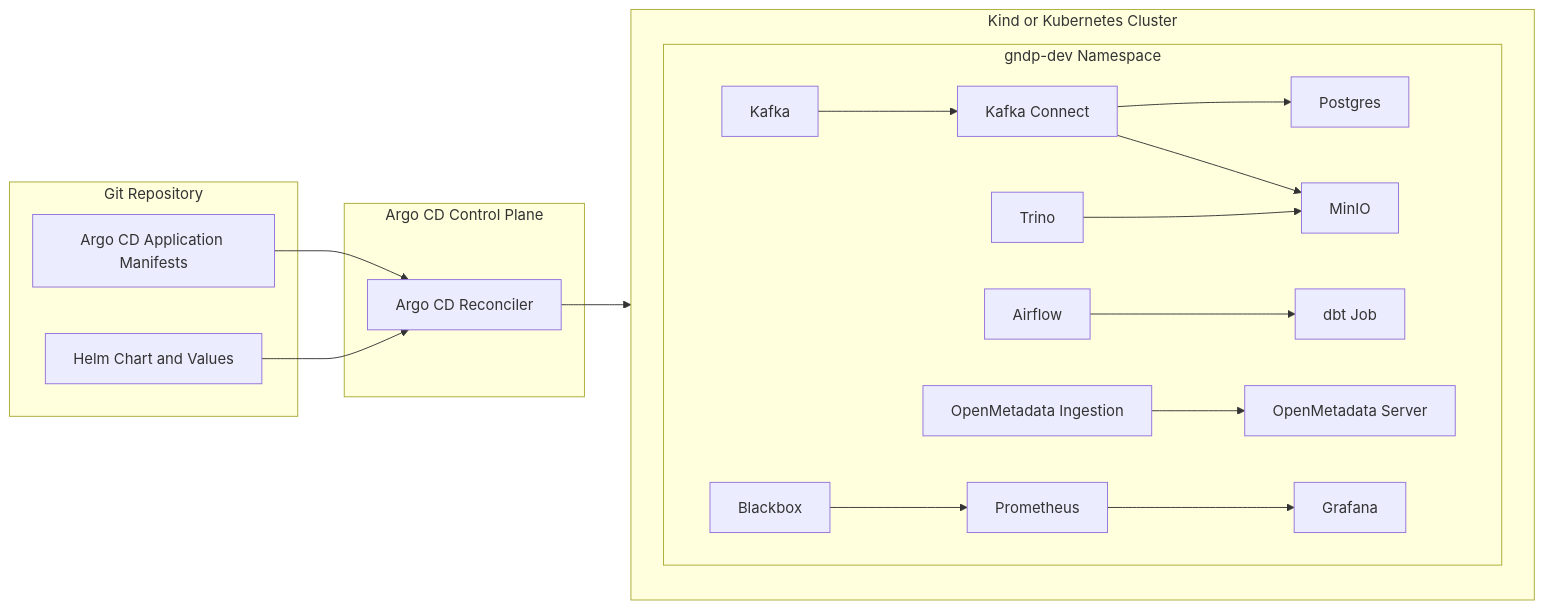
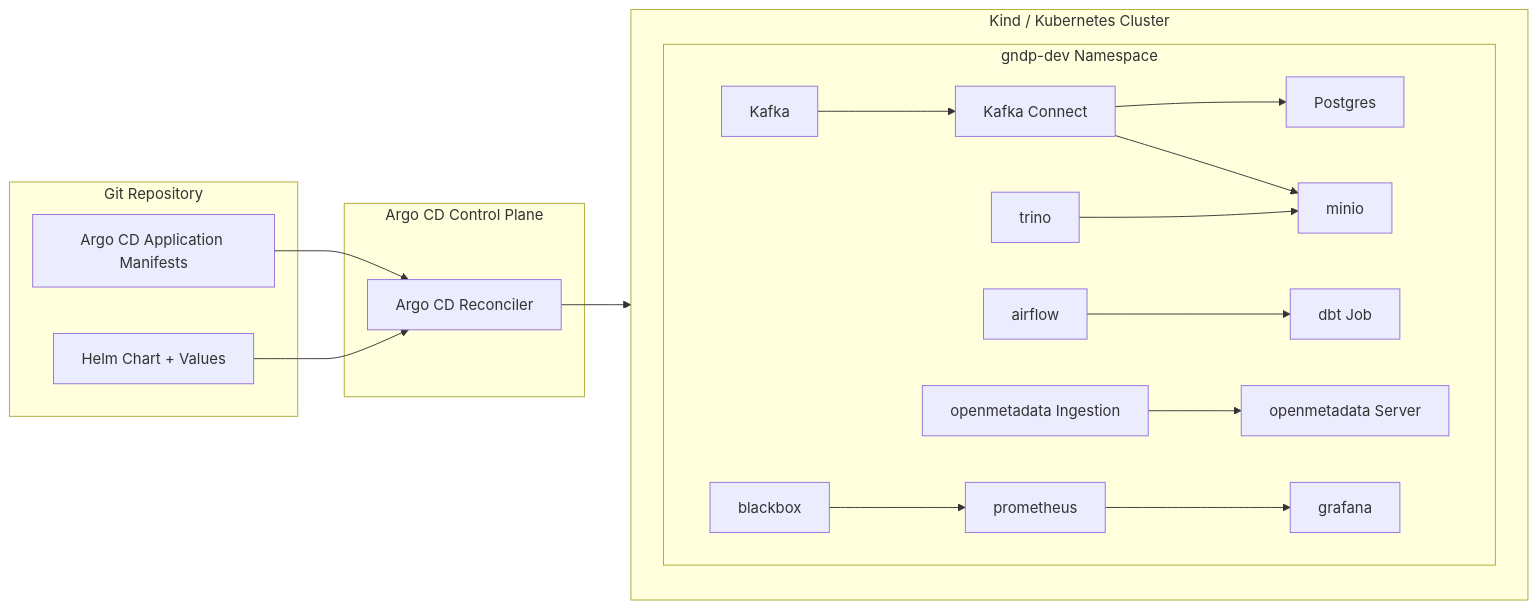
Before and after one commit to paulchen8206/Full-Stack-Modern-Data-Architecture-and-Engineering: the seventh of 9 diagrams in docs/architecture.md, drawn with Mermaid. The commit also changed other lines of this file and 18 other files, not shown here.

````diff
--- a/docs/architecture.md
+++ b/docs/architecture.md
@@ -714,40 +706,40 @@
 ```mermaid
 flowchart LR
   subgraph Git[Git Repository]
-    CH[Helm Chart and Values]
+    CH[Helm Chart + Values]
     APP[Argo CD Application Manifests]
   end
 
   subgraph Argo[Argo CD Control Plane]
     ARGO[Argo CD Reconciler]
   end
 
-  subgraph K8S[Kind or Kubernetes Cluster]
+  subgraph K8S[Kind / Kubernetes Cluster]
     subgraph NS[gndp-dev Namespace]
       KAFKA[Kafka]
       CONNECT[Kafka Connect]
-      TRINO[Trino]
+      TRINO[trino]
       POSTGRES[Postgres]
-      MINIO[MinIO]
-      AIRFLOW[Airflow]
+      MINIO[minio]
+      AIRFLOW[airflow]
       DBT[dbt Job]
-      OPM[OpenMetadata Server]
-      OMI[OpenMetadata Ingestion]
-      PROM[Prometheus]
-      GRAF[Grafana]
-      BBX[Blackbox]
+      OPM[openmetadata Server]
+      OMI[openmetadata Ingestion]
+      PROM[prometheus]
+      GRAF[grafana]
+      BBX[blackbox]
     end
   end
 
   APP --> ARGO
   CH --> ARGO
   ARGO --> K8S
   KAFKA --> CONNECT
   CONNECT --> POSTGRES
   CONNECT --> MINIO
   TRINO --> MINIO
   AIRFLOW --> DBT
   OMI --> OPM
   PROM --> GRAF
   BBX --> PROM
 ```
````
